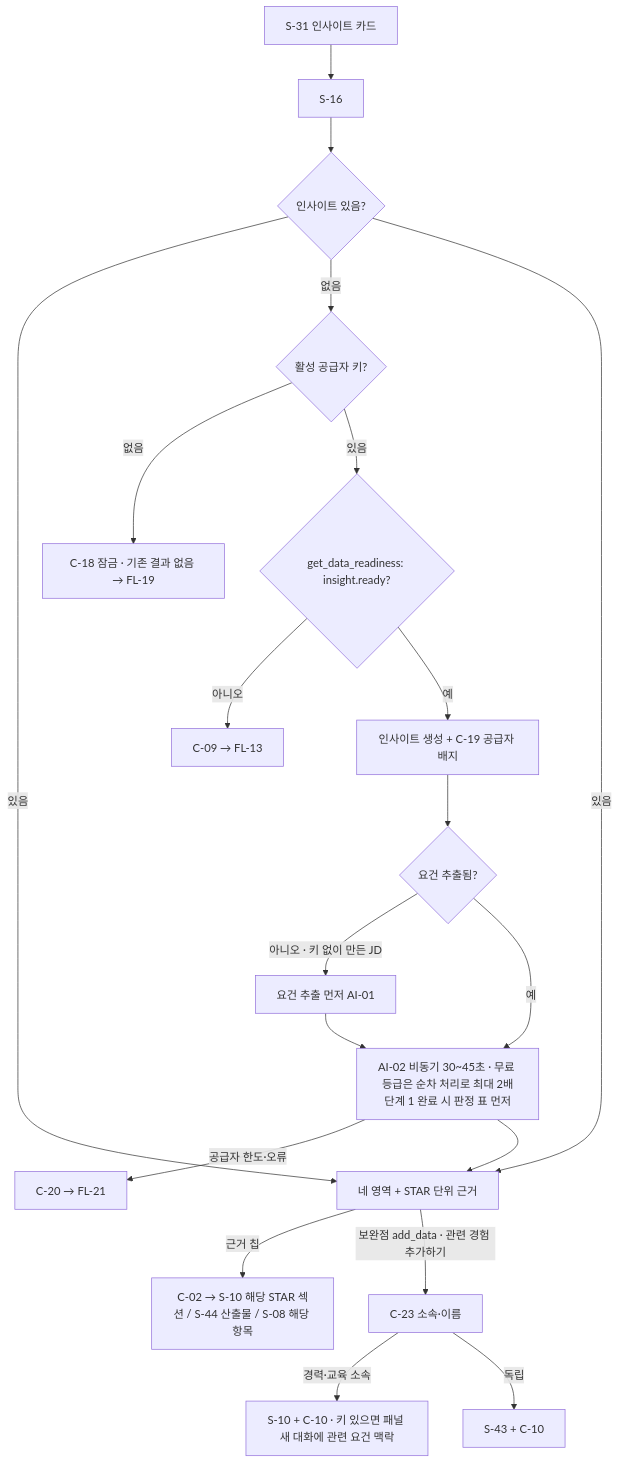
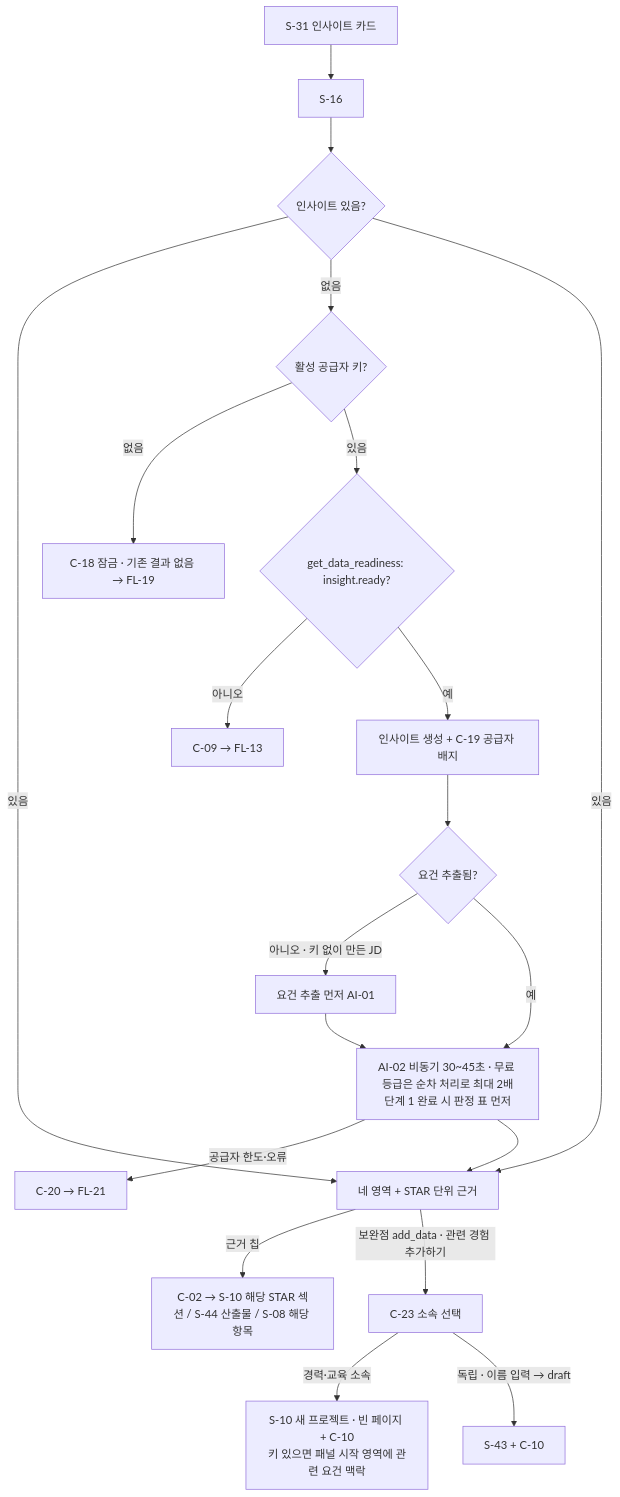
The seventh of 21 diagrams in docs/planning/02-user-flows.md (j-hyunn/resumate), drawn with Mermaid before and after one commit. The commit also changed other lines of this file and 11 other files, not shown here.

````diff
--- a/docs/planning/02-user-flows.md
+++ b/docs/planning/02-user-flows.md
@@ -355,21 +451,21 @@
 ```mermaid
 flowchart TD
   A[S-31 인사이트 카드] --> B[S-16]
   B --> C{인사이트 있음?}
   C -->|있음| F
   C -->|없음| K{활성 공급자 키?}
   K -->|없음| LK[C-18 잠금 · 기존 결과 없음 → FL-19]
   K -->|있음| G{get_data_readiness: insight.ready?}
   G -->|아니오| X[C-09 → FL-13]
   G -->|예| D[인사이트 생성 + C-19 공급자 배지]
   D --> J{요건 추출됨?}
   J -->|아니오 · 키 없이 만든 JD| J1[요건 추출 먼저 AI-01] --> E
   J -->|예| E[AI-02 비동기 30~45초 · 무료 등급은 순차 처리로 최대 2배<br/>단계 1 완료 시 판정 표 먼저]
   E -->|공급자 한도·오류| ER[C-20 → FL-21]
   E --> F[네 영역 + STAR 단위 근거]
   C -->|있음| F
   F -->|근거 칩| R[C-02 → S-10 해당 STAR 섹션 / S-44 산출물 / S-08 해당 항목]
-  F -->|보완점 add_data · 관련 경험 추가하기| K2[C-23 소속·이름]
-  K2 -->|경력·교육 소속| S10[S-10 + C-10 · 키 있으면 패널 새 대화에 관련 요건 맥락]
-  K2 -->|독립| S43[S-43 + C-10]
+  F -->|보완점 add_data · 관련 경험 추가하기| K2[C-23 소속 선택]
+  K2 -->|경력·교육 소속| S10[S-10 새 프로젝트 · 빈 페이지 + C-10<br/>키 있으면 패널 시작 영역에 관련 요건 맥락]
+  K2 -->|독립 · 이름 입력 → draft| S43[S-43 + C-10]
 ```
````
